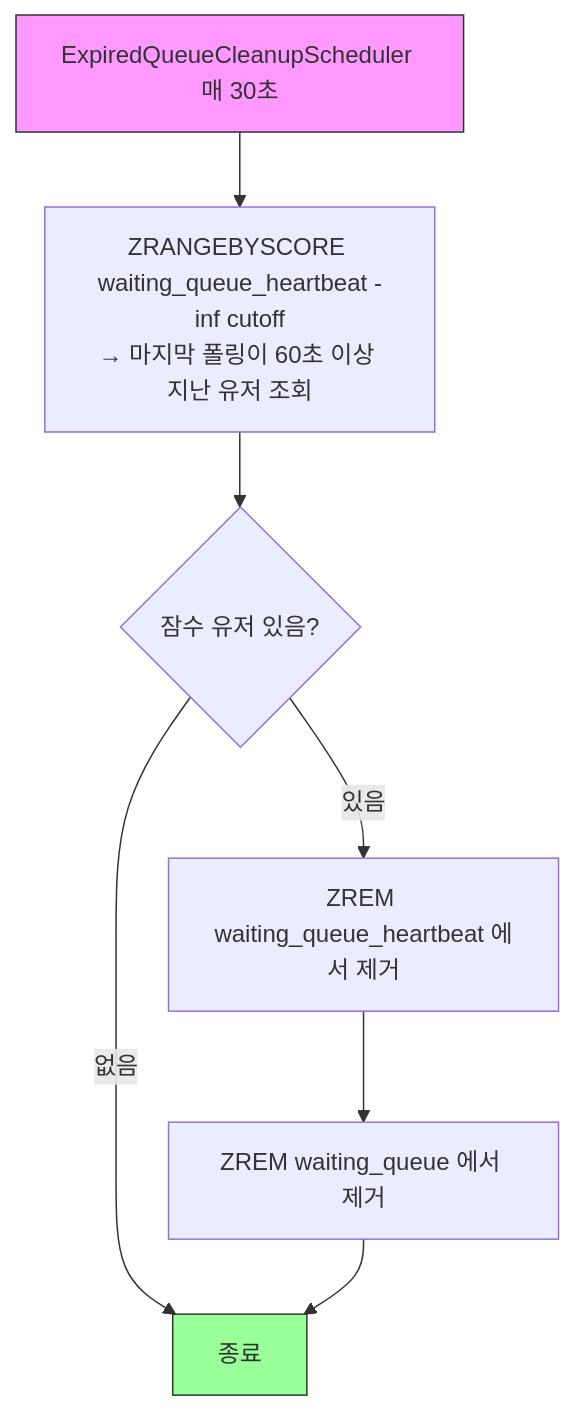
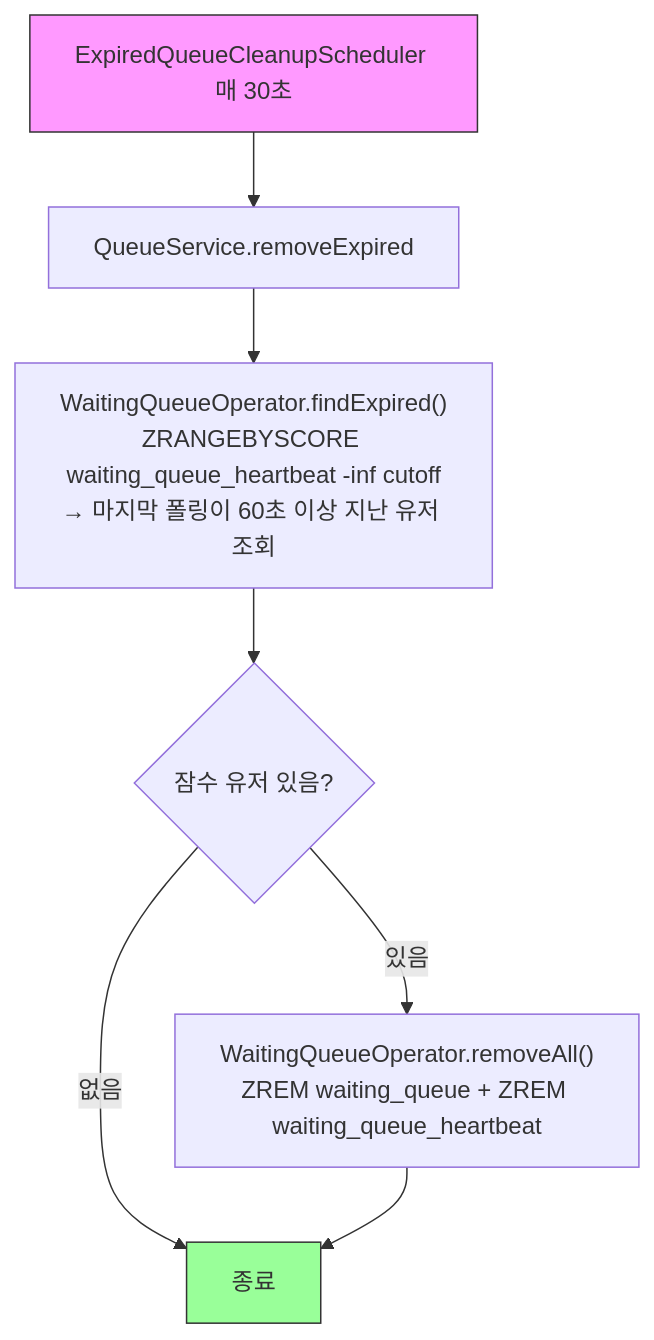
The third of 7 diagrams in README.md (irnd04/zticket), drawn with Mermaid before and after one commit. The commit also changed other lines of this file, not shown here.

First line of the commit message:
docs: README 다이어그램에 WaitingQueueOperator 반영

````diff
--- a/README.md
+++ b/README.md
@@ -119,12 +126,12 @@
 ```mermaid
 flowchart TD
-    A[ExpiredQueueCleanupScheduler 매 30초] --> B["ZRANGEBYSCORE waiting_queue_heartbeat -inf cutoff<br/>→ 마지막 폴링이 60초 이상 지난 유저 조회"]
-    B --> C{잠수 유저 있음?}
-    C -- 없음 --> END[종료]
-    C -- 있음 --> D[ZREM waiting_queue_heartbeat 에서 제거]
-    D --> E[ZREM waiting_queue 에서 제거]
+    A[ExpiredQueueCleanupScheduler 매 30초] --> B[QueueService.removeExpired]
+    B --> C["WaitingQueueOperator.findExpired()<br/>ZRANGEBYSCORE waiting_queue_heartbeat -inf cutoff<br/>→ 마지막 폴링이 60초 이상 지난 유저 조회"]
+    C --> D{잠수 유저 있음?}
+    D -- 없음 --> END[종료]
+    D -- 있음 --> E["WaitingQueueOperator.removeAll()<br/>ZREM waiting_queue + ZREM waiting_queue_heartbeat"]
     E --> END
 
     style A fill:#f9f,stroke:#333
     style END fill:#9f9,stroke:#333
 ```
````
